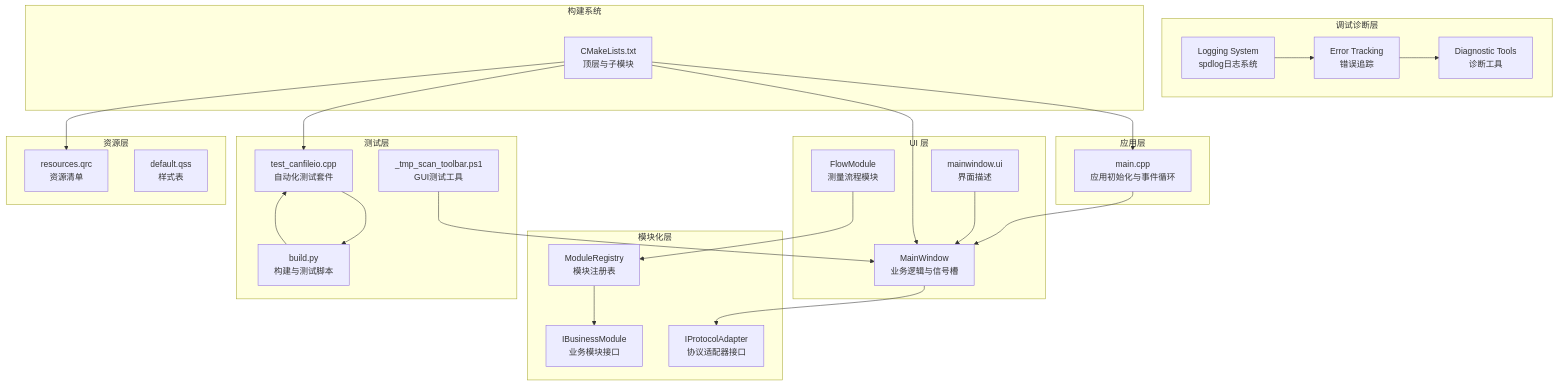
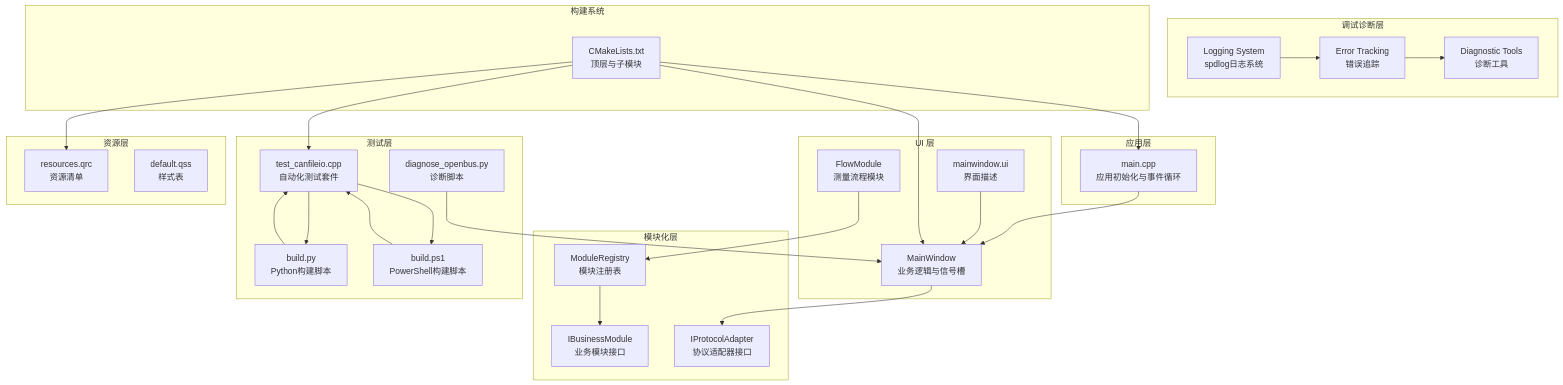
Before and after one commit to jakecai1225-design/OpenBus: the second of 4 diagrams in .qoder/repowiki/zh/content/开发指南/开发指南.md, drawn with Mermaid. The commit also changed other lines of this file and 151 other files, not shown here.

````diff
--- a/.qoder/repowiki/zh/content/开发指南/开发指南.md
+++ b/.qoder/repowiki/zh/content/开发指南/开发指南.md
@@ -138,47 +152,50 @@
 ```mermaid
 graph TB
 subgraph "应用层"
 M["main.cpp<br/>应用初始化与事件循环"]
 end
 subgraph "UI 层"
 MW["MainWindow<br/>业务逻辑与信号槽"]
 UIC["mainwindow.ui<br/>界面描述"]
 FM["FlowModule<br/>测量流程模块"]
 end
 subgraph "模块化层"
 MR["ModuleRegistry<br/>模块注册表"]
 IM["IBusinessModule<br/>业务模块接口"]
 PA["IProtocolAdapter<br/>协议适配器接口"]
 end
 subgraph "调试诊断层"
 LOG["Logging System<br/>spdlog日志系统"]
 TRACE["Error Tracking<br/>错误追踪"]
 DIAG["Diagnostic Tools<br/>诊断工具"]
 end
 subgraph "测试层"
 TESTS["test_canfileio.cpp<br/>自动化测试套件"]
-BUILD["build.py<br/>构建与测试脚本"]
-GUI_TEST["_tmp_scan_toolbar.ps1<br/>GUI测试工具"]
+BUILD_PY["build.py<br/>Python构建脚本"]
+BUILD_PS["build.ps1<br/>PowerShell构建脚本"]
+DIAG_SCRIPT["diagnose_openbus.py<br/>诊断脚本"]
 end
 subgraph "资源层"
 QRC["resources.qrc<br/>资源清单"]
 QSS["default.qss<br/>样式表"]
 end
 subgraph "构建系统"
 CMAKE["CMakeLists.txt<br/>顶层与子模块"]
 end
 M --> MW
 UIC --> MW
 FM --> MR
 MR --> IM
 MW --> PA
 LOG --> TRACE
 TRACE --> DIAG
-TESTS --> BUILD
-GUI_TEST --> MW
-BUILD --> TESTS
+TESTS --> BUILD_PY
+TESTS --> BUILD_PS
+DIAG_SCRIPT --> MW
+BUILD_PY --> TESTS
+BUILD_PS --> TESTS
 CMAKE --> M
 CMAKE --> MW
 CMAKE --> QRC
 CMAKE --> TESTS
 ```
````
